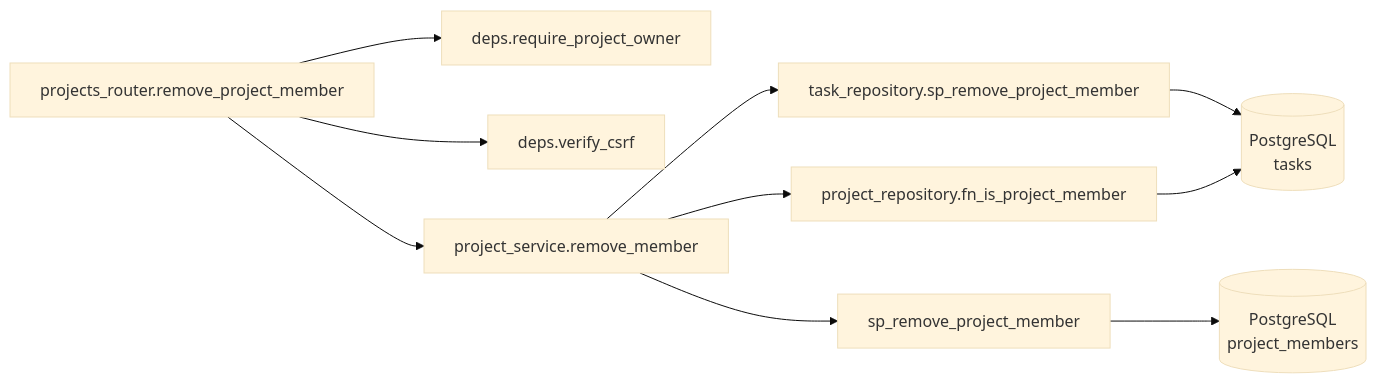
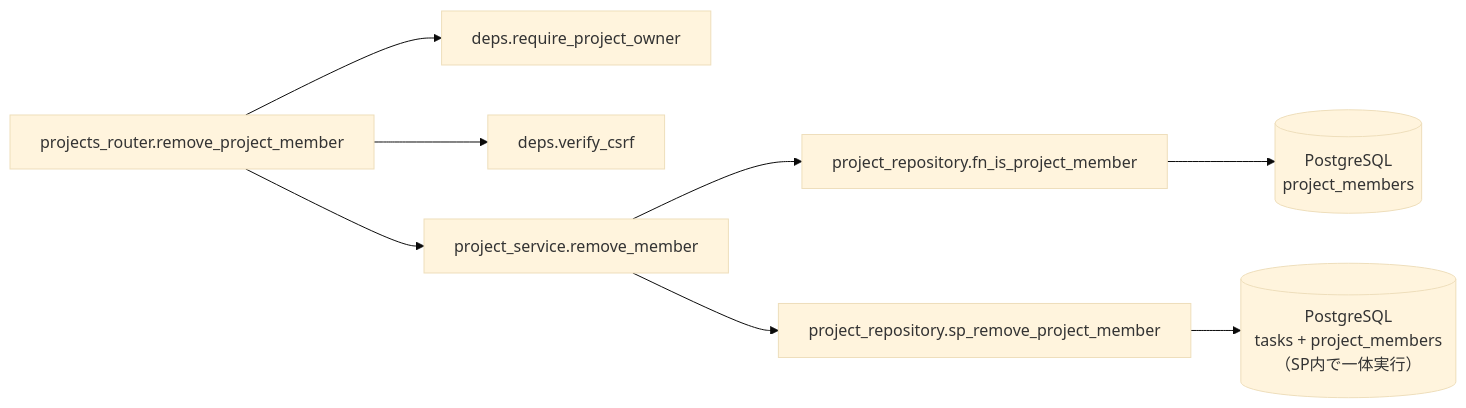
One commit to oikawa-d/task_management changed the third of 4 diagrams in detailed_design/api/projects/09_delete_project_member.md. Above: the diagram before and after it, drawn with Mermaid (base theme). The commit also changed other lines of this file and 5 other files, not shown here.

````diff
--- a/detailed_design/api/projects/09_delete_project_member.md
+++ b/detailed_design/api/projects/09_delete_project_member.md
@@ -188,12 +174,10 @@
 ```mermaid
 flowchart LR
     R["projects_router.remove_project_member"] --> D["deps.require_project_owner"]
     R --> CSRF["deps.verify_csrf"]
     R --> S["project_service.remove_member"]
     S --> RP1["project_repository.fn_is_project_member"]
-    S --> TR["task_repository.sp_remove_project_member"]
-    S --> RP2["sp_remove_project_member"]
-    TR --> PG[("PostgreSQL<br/>tasks")]
-    RP1 --> PG
-    RP2 --> PG2[("PostgreSQL<br/>project_members")]
+    S --> RP2["project_repository.sp_remove_project_member"]
+    RP1 --> PG[("PostgreSQL<br/>project_members")]
+    RP2 --> PG2[("PostgreSQL<br/>tasks + project_members（SP内で一体実行）")]
 ```
````
